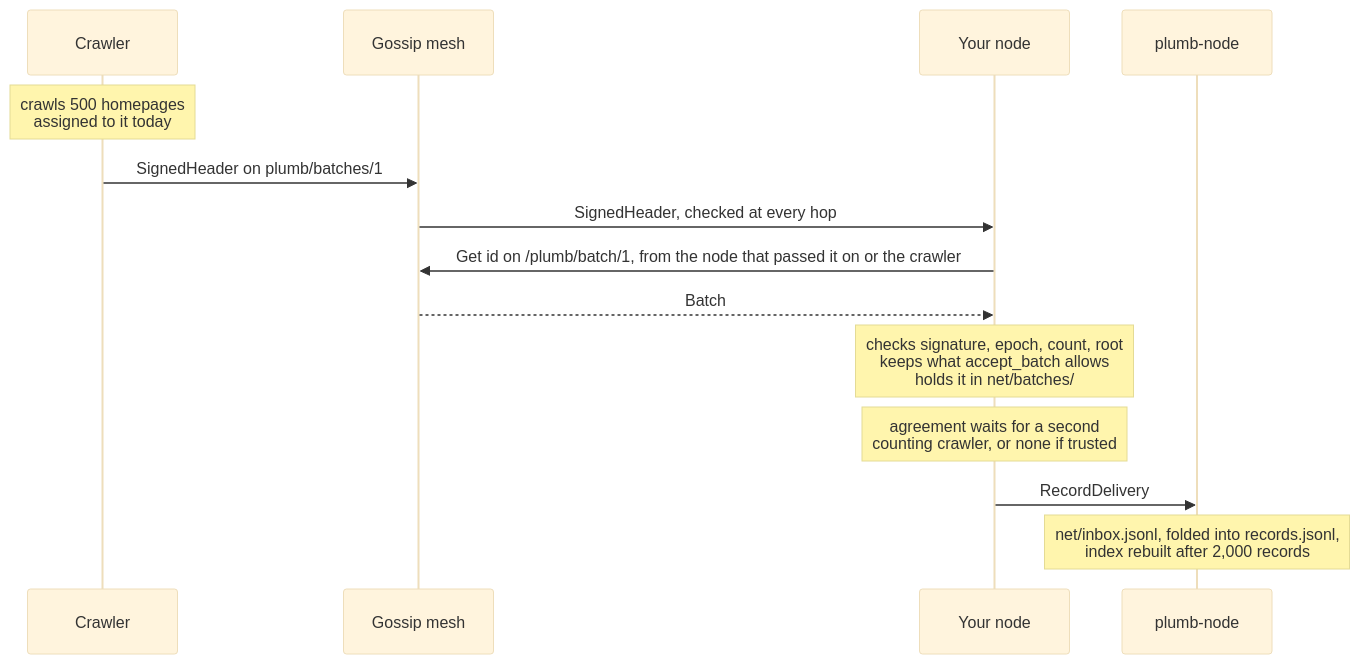
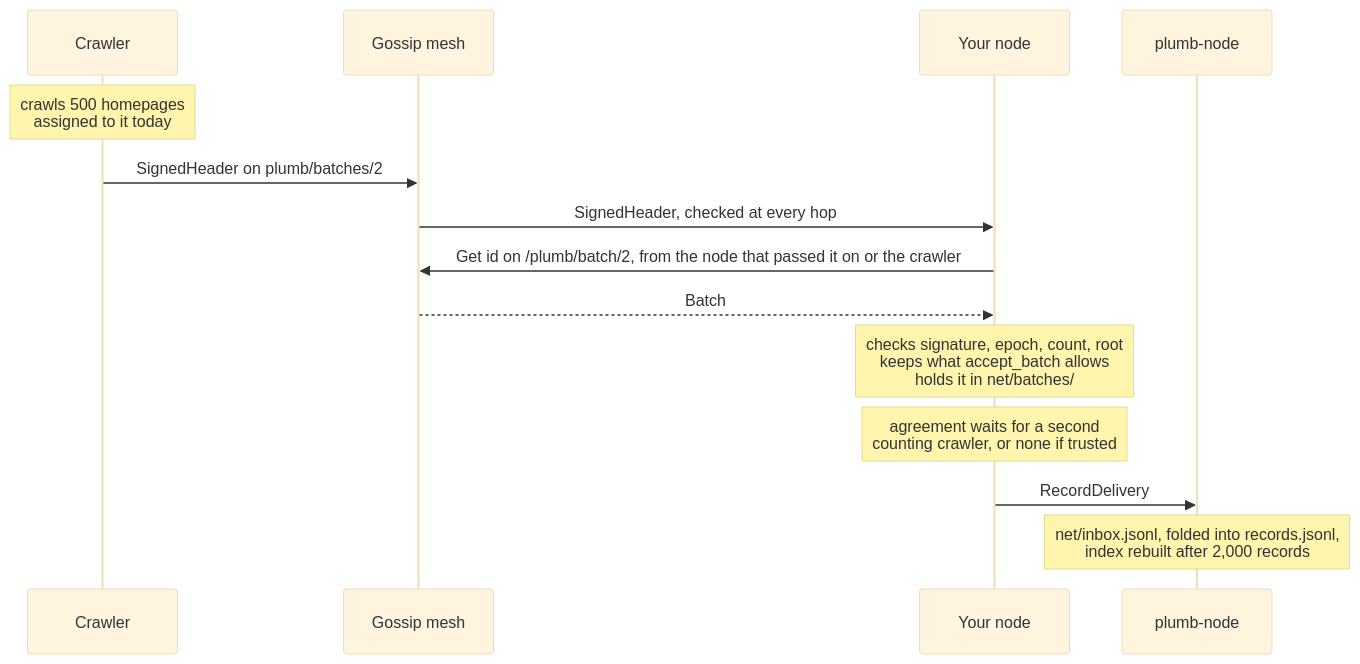
The second of 3 diagrams in docs/network.md (SueHeir/plumb-search), drawn with Mermaid (base theme) before and after one commit. The commit also changed other lines of this file and 17 other files, not shown here.

````diff
--- a/docs/network.md
+++ b/docs/network.md
@@ -115,16 +116,16 @@
 ```mermaid
 sequenceDiagram
   participant C as Crawler
   participant G as Gossip mesh
   participant N as Your node
   participant P as plumb-node
   Note over C: crawls 500 homepages<br/>assigned to it today
-  C->>G: SignedHeader on plumb/batches/1
+  C->>G: SignedHeader on plumb/batches/2
   G->>N: SignedHeader, checked at every hop
-  N->>G: Get id on /plumb/batch/1, from the node that passed it on or the crawler
+  N->>G: Get id on /plumb/batch/2, from the node that passed it on or the crawler
   G-->>N: Batch
   Note over N: checks signature, epoch, count, root<br/>keeps what accept_batch allows<br/>holds it in net/batches/
   Note over N: agreement waits for a second<br/>counting crawler, or none if trusted
   N->>P: RecordDelivery
   Note over P: net/inbox.jsonl, folded into records.jsonl,<br/>index rebuilt after 2,000 records
 ```
````
